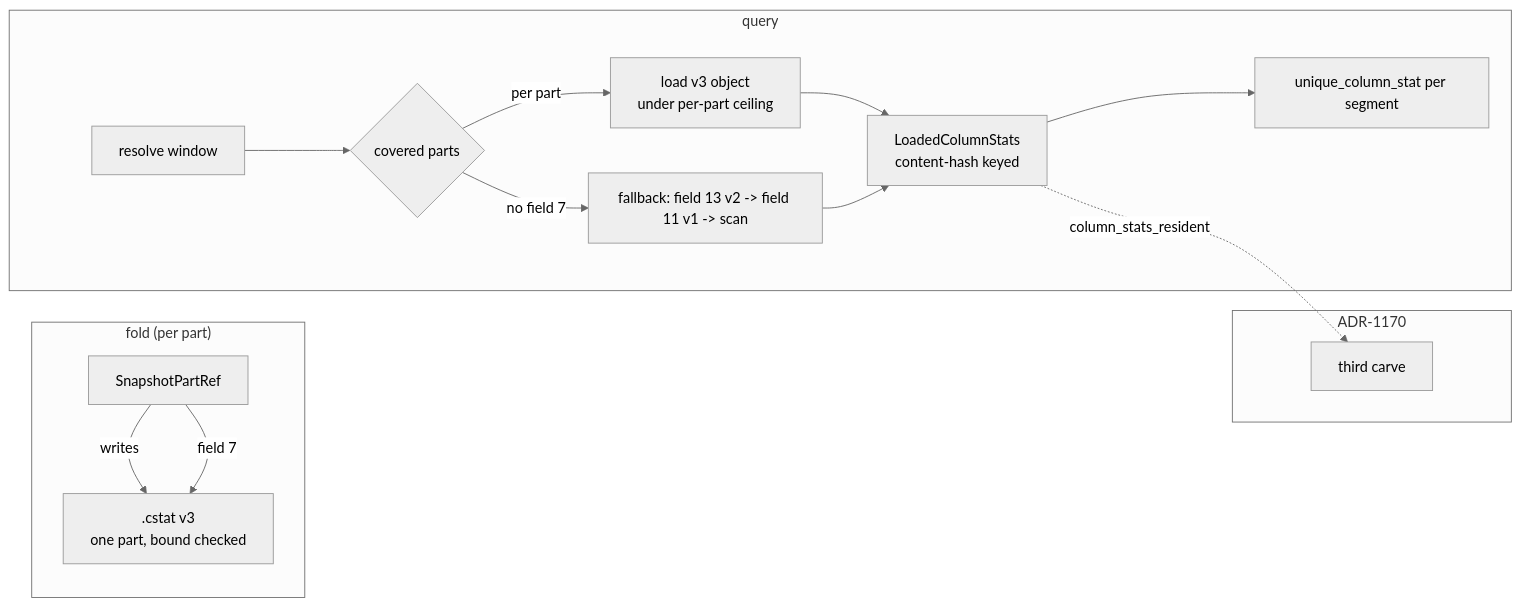
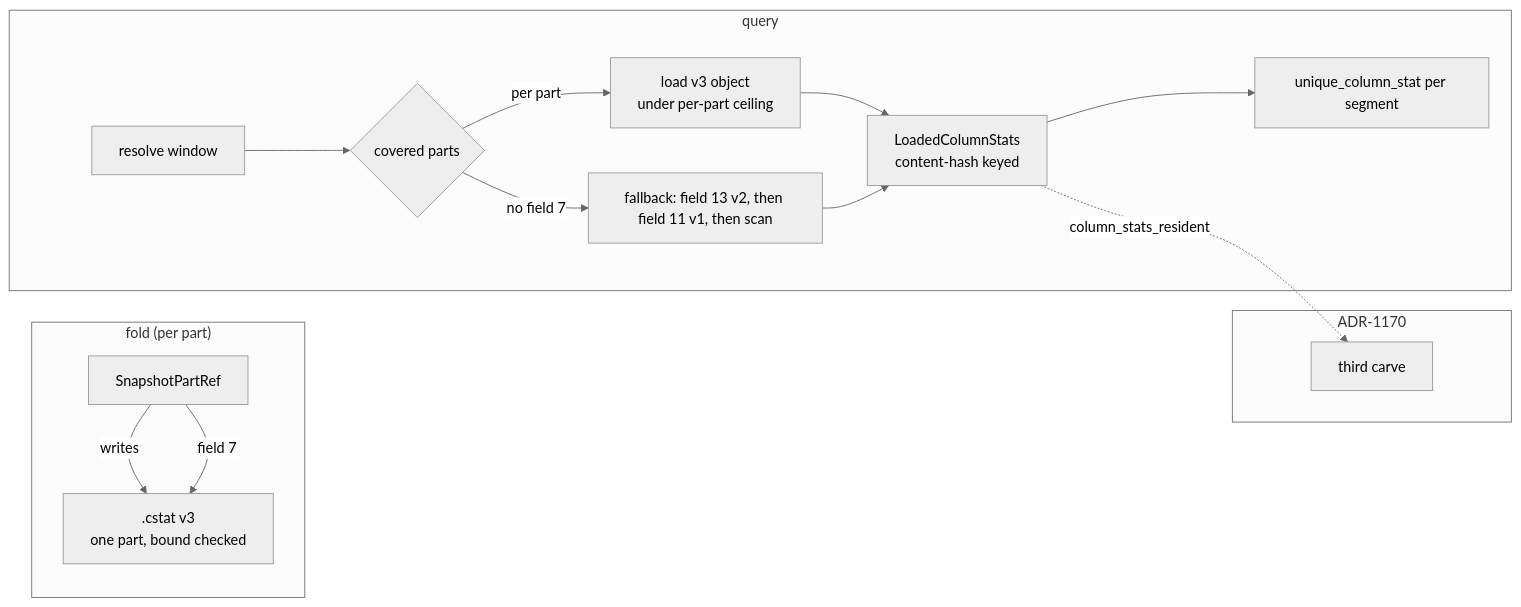
One commit to NOFireAI/ravel changed the diagram in docs/adrs/1413-split-cstat-per-part.md. Above: the diagram before and after it, drawn with Mermaid (neutral theme). The commit also changed other lines of this file and 1 other file, not shown here.

First line of the commit message:
docs: fix ADR-1413 citations and sequence the read-version window

````diff
--- a/docs/adrs/1413-split-cstat-per-part.md
+++ b/docs/adrs/1413-split-cstat-per-part.md
@@ -228,18 +238,18 @@
 ```mermaid
 flowchart LR
   subgraph fold["fold (per part)"]
     P[SnapshotPartRef] -->|writes| S[".cstat v3<br/>one part, bound checked"]
     P -->|field 7| S
   end
   subgraph query["query"]
     R[resolve window] --> C{covered parts}
     C -->|per part| L[load v3 object<br/>under per-part ceiling]
-    C -->|no field 7| F[fallback: field 13 v2 -> field 11 v1 -> scan]
+    C -->|no field 7| F["fallback: field 13 v2, then field 11 v1, then scan"]
     L --> M[LoadedColumnStats<br/>content-hash keyed]
     F --> M
     M --> U[unique_column_stat per segment]
   end
   subgraph budget["ADR-1170"]
     M -.->|column_stats_resident| B[third carve]
   end
 ```
````
